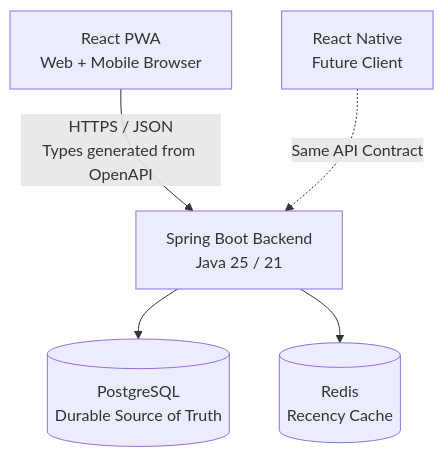
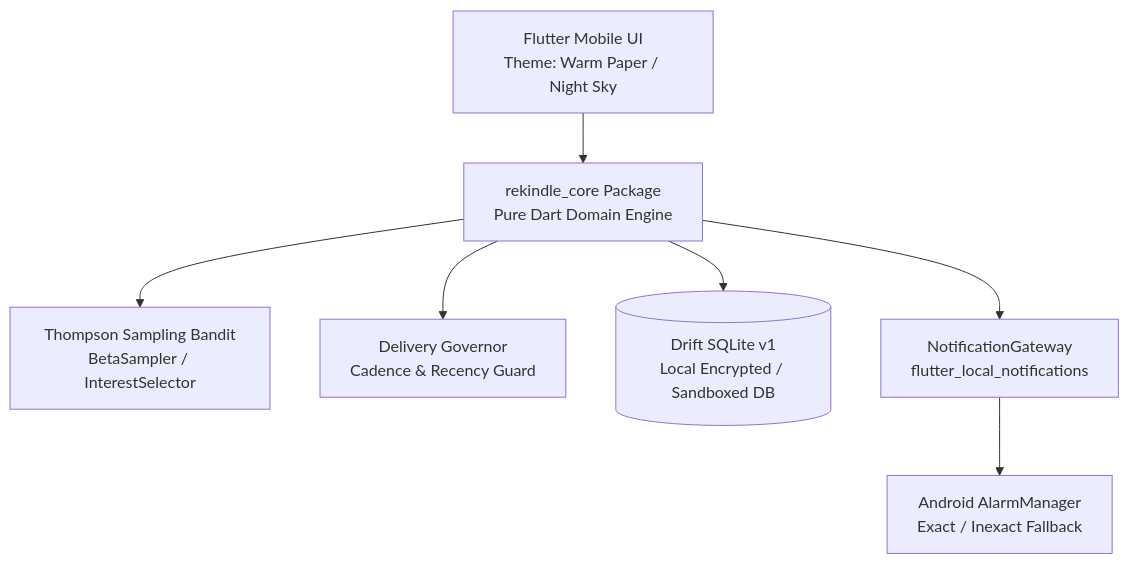
Before and after one commit to VishalWadg/Rekindle: the first of 4 diagrams in docs/architecture.md, drawn with Mermaid. The commit also changed other lines of this file and 3 other files, not shown here.

Commit message:
feat: enforce base interests/memories in onboarding, upgrade frequency UI, remove test settings, and update architecture/ADR docs

````diff
--- a/docs/architecture.md
+++ b/docs/architecture.md
@@ -17,7 +17,9 @@
 ```mermaid
 graph TD
-    A[React PWA<br/>Web + Mobile Browser] -->|HTTPS / JSON<br/>Types generated from OpenAPI| B[Spring Boot Backend<br/>Java 25 / 21]
-    RN[React Native<br/>Future Client] -.->|Same API Contract| B
-    B --> C[(PostgreSQL<br/>Durable Source of Truth)]
-    B --> D[(Redis<br/>Recency Cache)]
+    UI[Flutter Mobile UI<br/>Theme: Warm Paper / Night Sky] --> Core[rekindle_core Package<br/>Pure Dart Domain Engine]
+    Core --> Bandit[Thompson Sampling Bandit<br/>BetaSampler / InterestSelector]
+    Core --> Gov[Delivery Governor<br/>Cadence & Recency Guard]
+    Core --> DB[(Drift SQLite v1<br/>Local Encrypted / Sandboxed DB)]
+    Core --> Gateway[NotificationGateway<br/>flutter_local_notifications]
+    Gateway --> Alarm[Android AlarmManager<br/>Exact / Inexact Fallback]
 ```
````
